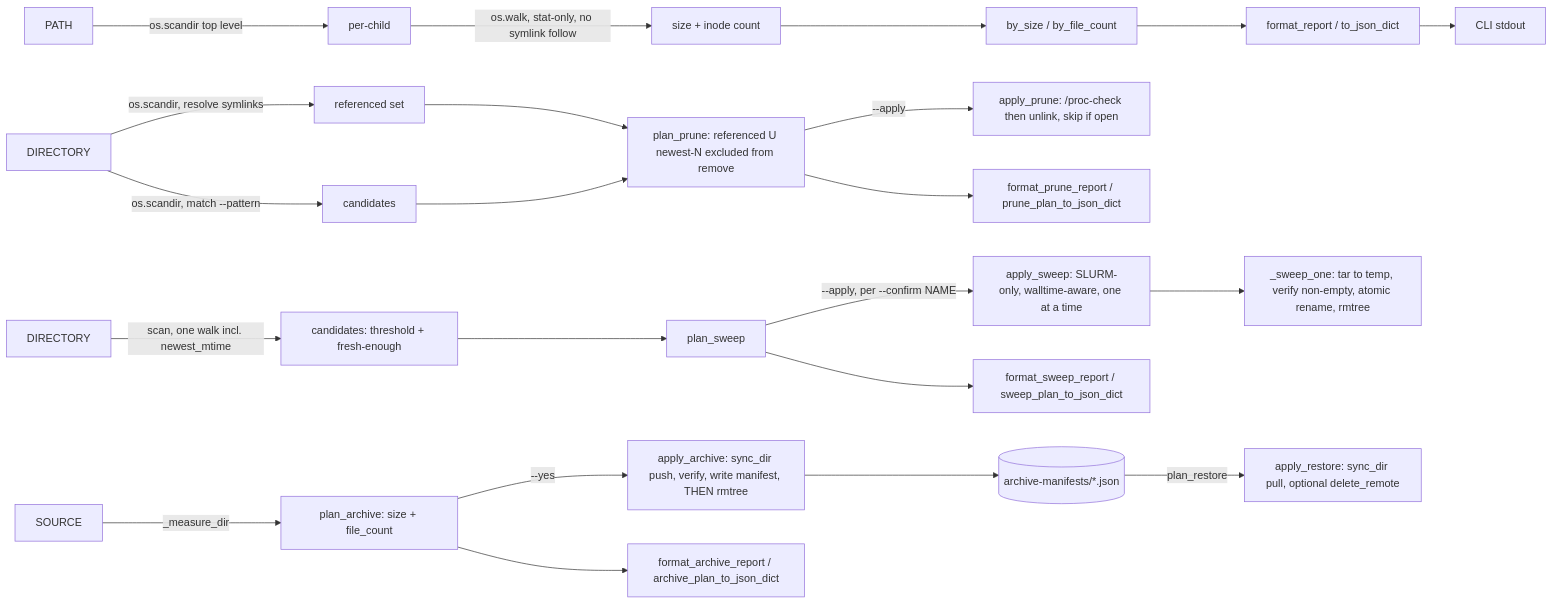
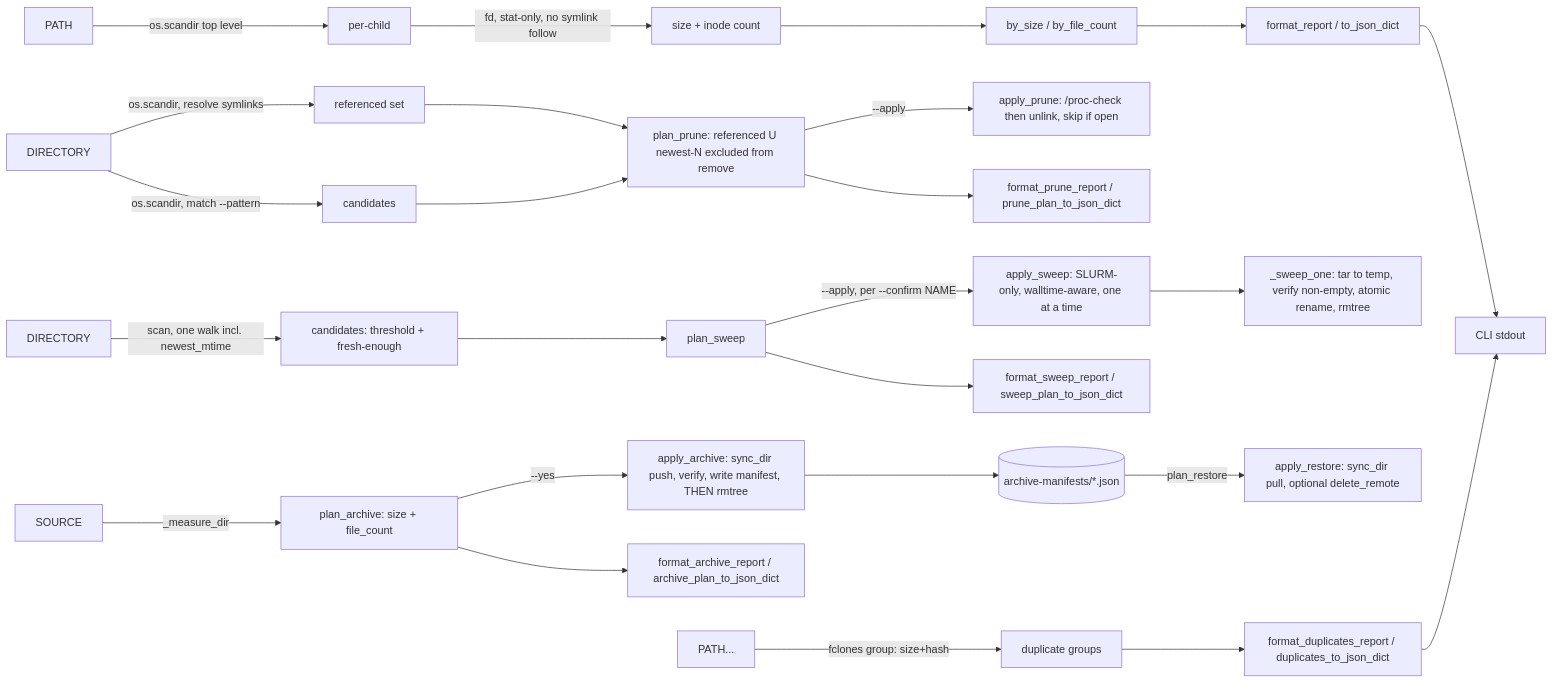
Before and after one commit to scitex-ai/scitex-storage: the diagram in README.md, drawn with Mermaid. The commit also changed other lines of this file and 18 other files, not shown here.

````diff
--- a/README.md
+++ b/README.md
@@ -232,27 +305,31 @@
 ```mermaid
 flowchart LR
     A[PATH] -->|os.scandir top level| B[per-child]
-    B -->|os.walk, stat-only, no symlink follow| C[size + inode count]
+    B -->|fd, stat-only, no symlink follow| C[size + inode count]
     C --> D[by_size / by_file_count]
     D --> E[format_report / to_json_dict]
     E --> F[CLI stdout]
 
     G[DIRECTORY] -->|os.scandir, resolve symlinks| H[referenced set]
     G -->|os.scandir, match --pattern| I[candidates]
     H --> J[plan_prune: referenced U newest-N excluded from remove]
     I --> J
     J -->|--apply| K[apply_prune: /proc-check then unlink, skip if open]
     J --> L[format_prune_report / prune_plan_to_json_dict]
 
     M[DIRECTORY] -->|scan, one walk incl. newest_mtime| N[candidates: threshold + fresh-enough]
     N --> O[plan_sweep]
     O -->|--apply, per --confirm NAME| P[apply_sweep: SLURM-only, walltime-aware, one at a time]
     P --> Q[_sweep_one: tar to temp, verify non-empty, atomic rename, rmtree]
     O --> R[format_sweep_report / sweep_plan_to_json_dict]
 
     S[SOURCE] -->|_measure_dir| T[plan_archive: size + file_count]
     T -->|--yes| U[apply_archive: sync_dir push, verify, write manifest, THEN rmtree]
     T --> V[format_archive_report / archive_plan_to_json_dict]
     U --> W[(archive-manifests/*.json)]
     W -->|plan_restore| X[apply_restore: sync_dir pull, optional delete_remote]
+
+    Y[PATH...] -->|fclones group: size+hash| Z[duplicate groups]
+    Z --> AA[format_duplicates_report / duplicates_to_json_dict]
+    AA --> F
 ```
````
